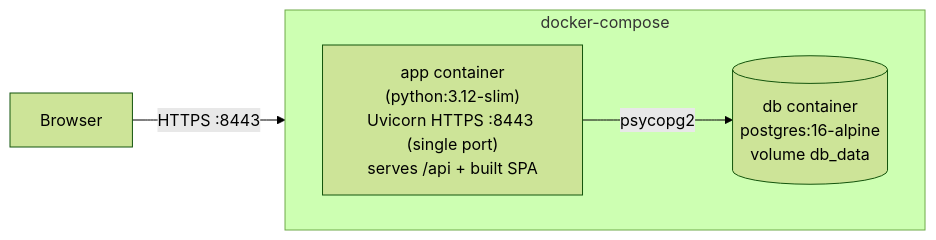
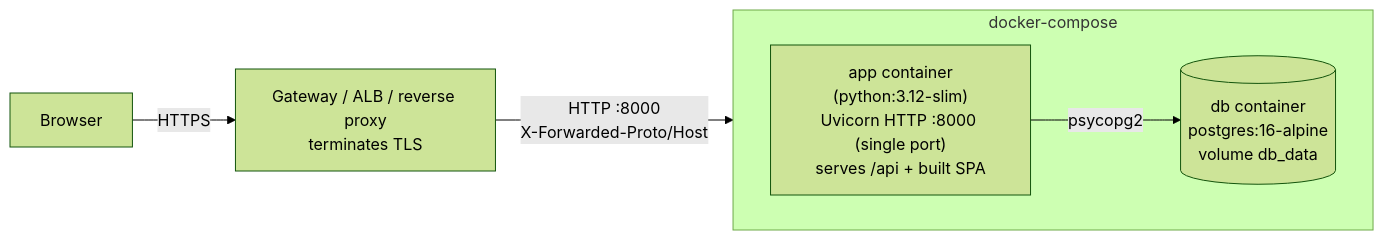
One commit to Mehdi-Zar/TeamFollowUP changed the second of 5 diagrams in docs/02-architecture.md. Above: the diagram before and after it, drawn with Mermaid (forest theme). The commit also changed other lines of this file and 33 other files, not shown here.

````diff
--- a/docs/02-architecture.md
+++ b/docs/02-architecture.md
@@ -33,10 +33,11 @@
 ```mermaid
 flowchart LR
   subgraph docker-compose
     direction LR
-    APP["app container\n(python:3.12-slim)\nUvicorn HTTPS :8443 (single port)\nserves /api + built SPA"]
+    APP["app container\n(python:3.12-slim)\nUvicorn HTTP :8000 (single port)\nserves /api + built SPA"]
     DB[("db container\npostgres:16-alpine\nvolume db_data")]
   end
   APP -->|psycopg2| DB
-  Browser -->|HTTPS :8443| APP
+  Browser -->|HTTPS| PROXY["Gateway / ALB / reverse proxy\nterminates TLS"]
+  PROXY -->|HTTP :8000\nX-Forwarded-Proto/Host| APP
 ```
````
